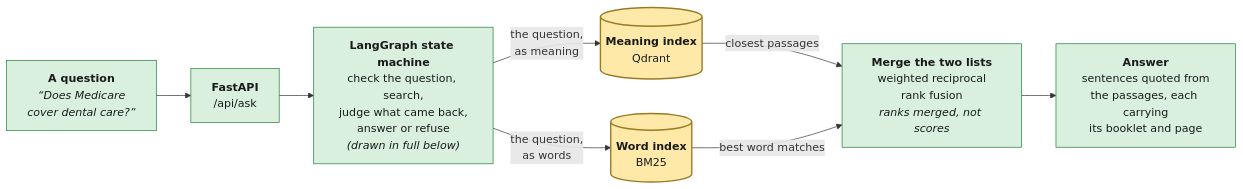
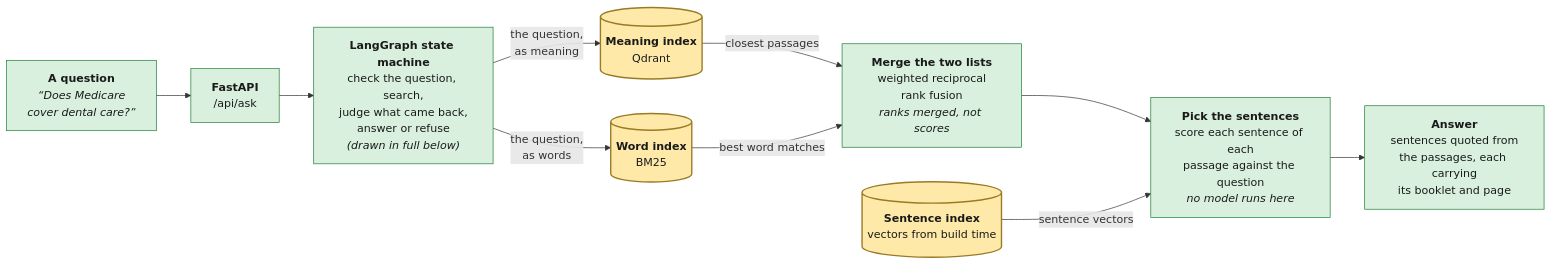
One commit to Sudam23/Medicare-RAG-Assistant changed the second of 3 diagrams in README.md. Above: the diagram before and after it, drawn with Mermaid. The commit also changed other lines of this file and 14 other files, not shown here.

First line of the commit message:
Embed answer sentences at build time, not per request

````diff
--- a/README.md
+++ b/README.md
@@ -99,22 +102,26 @@
 ```mermaid
 flowchart LR
     ASK["<b>A question</b><br/><i>“Does Medicare<br/>cover dental care?”</i>"]
     API["<b>FastAPI</b><br/>/api/ask"]
     BRAIN["<b>LangGraph state machine</b><br/>check the question, search,<br/>judge what came back,<br/>answer or refuse<br/><i>(drawn in full below)</i>"]
     VDB2[("<b>Meaning index</b><br/>Qdrant")]
     KDB2[("<b>Word index</b><br/>BM25")]
+    SDB2[("<b>Sentence index</b><br/>vectors from build time")]
     FUSE["<b>Merge the two lists</b><br/>weighted reciprocal<br/>rank fusion<br/><i>ranks merged, not scores</i>"]
+    PICK["<b>Pick the sentences</b><br/>score each sentence of each<br/>passage against the question<br/><i>no model runs here</i>"]
     OUT["<b>Answer</b><br/>sentences quoted from<br/>the passages, each carrying<br/>its booklet and page"]
 
     ASK --> API --> BRAIN
     BRAIN -- "the question,<br/>as meaning" --> VDB2
     BRAIN -- "the question,<br/>as words" --> KDB2
     VDB2 -- "closest passages" --> FUSE
     KDB2 -- "best word matches" --> FUSE
-    FUSE --> OUT
+    FUSE --> PICK
+    SDB2 -- "sentence vectors" --> PICK
+    PICK --> OUT
 
     classDef serve fill:#d8f0dd,stroke:#1e7e34,color:#1a1a1a
     classDef store fill:#ffe9a8,stroke:#9a7b25,stroke-width:2px,color:#1a1a1a
-    class ASK,API,BRAIN,FUSE,OUT serve
-    class VDB2,KDB2 store
+    class ASK,API,BRAIN,FUSE,PICK,OUT serve
+    class VDB2,KDB2,SDB2 store
 ```
````
